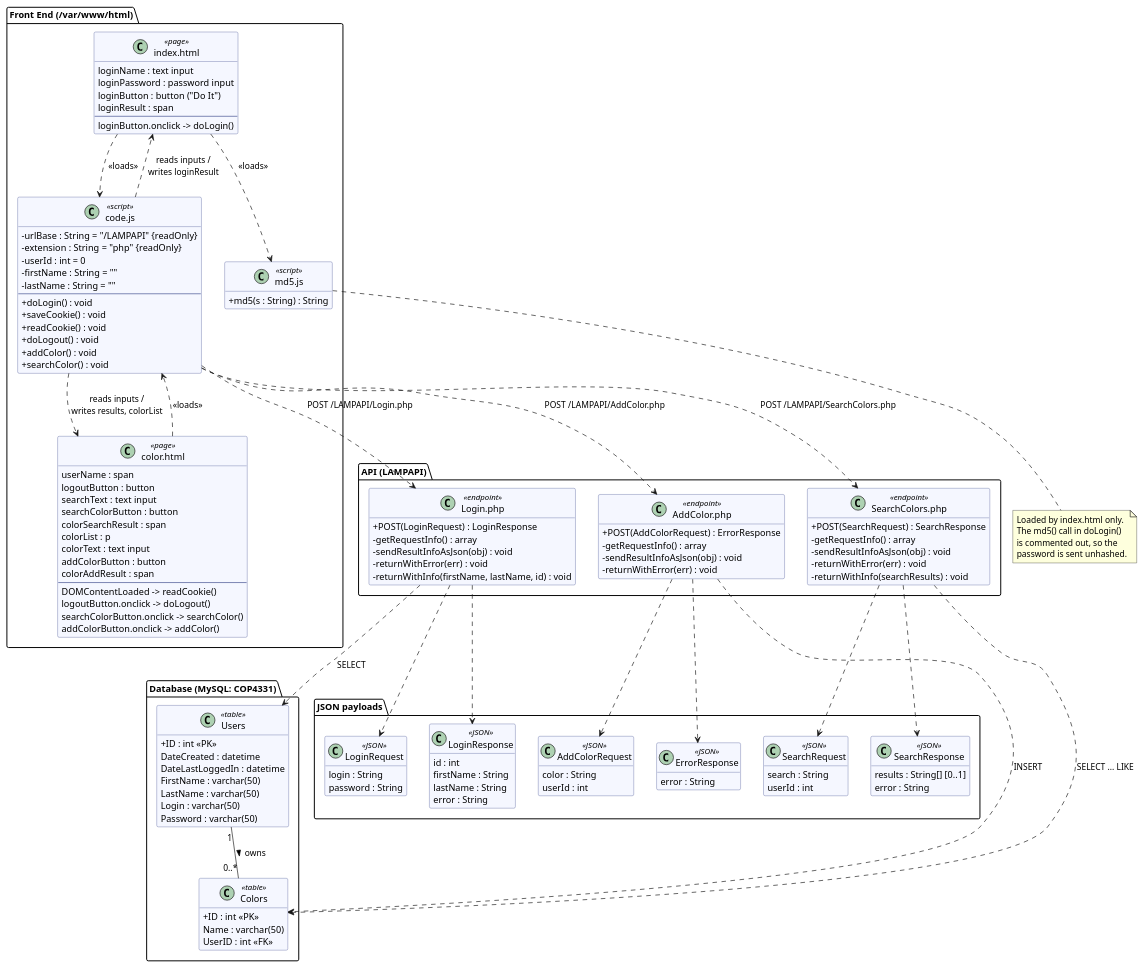
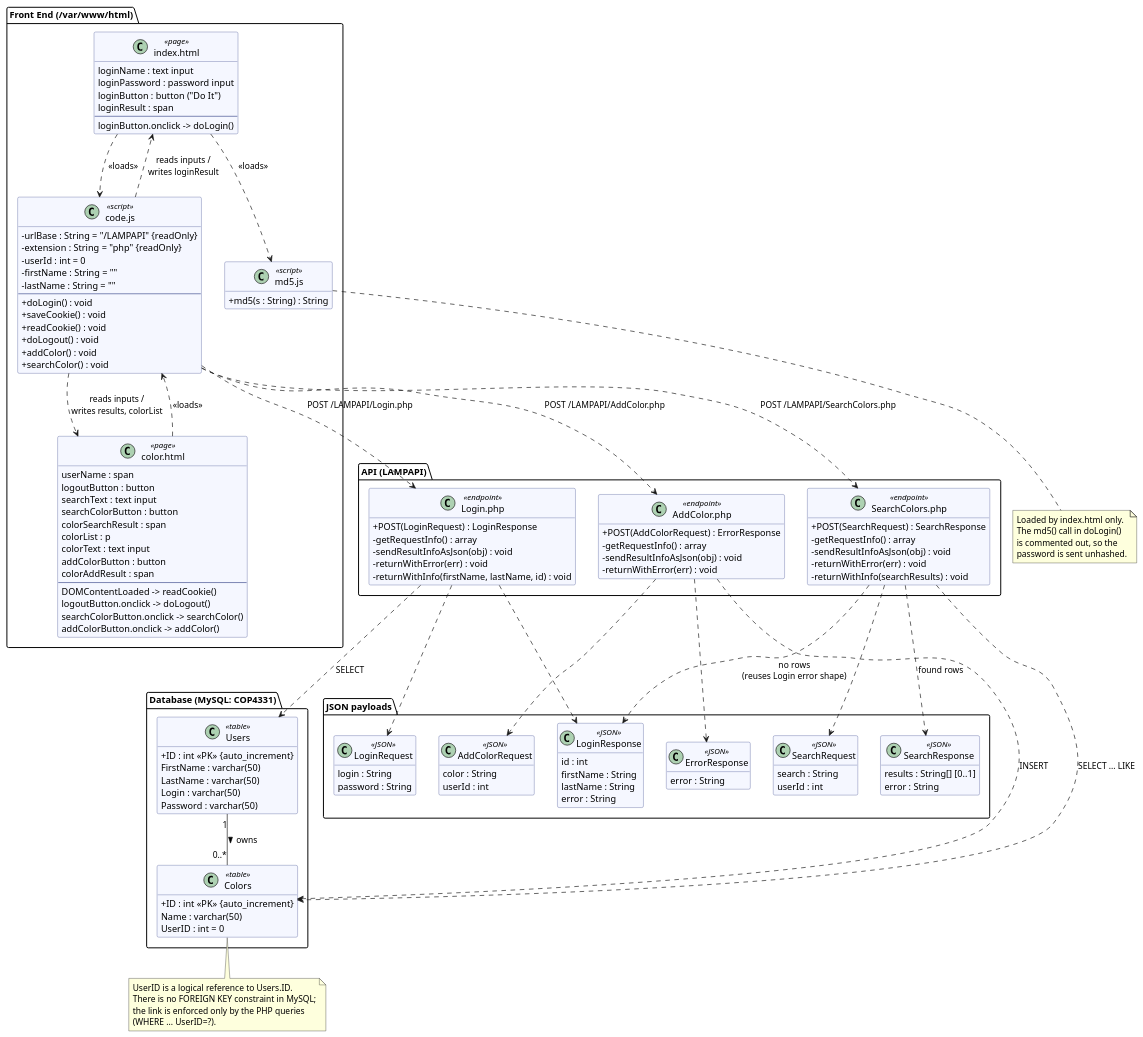
The diagram in docs/uml/class.puml (MayankKotla/COLORS-lab), drawn with PlantUML before and after one commit. The commit also changed 3 other files, not shown here.

Commit message:
Fix UML: match actual DB schema and Login.php responses

```diff
--- a/docs/uml/class.puml
+++ b/docs/uml/class.puml
@@ -1,177 +1,183 @@
 @startuml class
 ' ============================================================
 ' COLORS Web Application - Class Diagram
 ' Front end verified against the deployed index.html, color.html
 ' and js/code.js on the colors-lab droplet (Nov 1, 2026).
 '
 ' The app is not written with OO classes, so each real module is
 ' modeled as a class with a stereotype:
 '   <<page>>     HTML pages served by Apache
 '   <<script>>   JavaScript files (functions = operations,
 '                module-level variables = attributes)
 '   <<endpoint>> PHP scripts in LAMPAPI/ (one request -> one response)
 '   <<table>>    MySQL tables in the COP4331 database
 '   <<JSON>>     request/response bodies sent between them
 ' ============================================================
 skinparam classAttributeIconSize 0
 skinparam class {
   BackgroundColor #F5F7FF
   BorderColor #3B4A8C
 }
 hide empty members
 
 package "Front End (/var/www/html)" {
   class "index.html" as IndexPage <<page>> {
     loginName : text input
     loginPassword : password input
     loginButton : button ("Do It")
     loginResult : span
     --
     loginButton.onclick -> doLogin()
   }
 
   class "color.html" as ColorPage <<page>> {
     userName : span
     logoutButton : button
     searchText : text input
     searchColorButton : button
     colorSearchResult : span
     colorList : p
     colorText : text input
     addColorButton : button
     colorAddResult : span
     --
     DOMContentLoaded -> readCookie()
     logoutButton.onclick -> doLogout()
     searchColorButton.onclick -> searchColor()
     addColorButton.onclick -> addColor()
   }
 
   class "code.js" as CodeJS <<script>> {
     - urlBase : String = "/LAMPAPI" {readOnly}
     - extension : String = "php" {readOnly}
     - userId : int = 0
     - firstName : String = ""
     - lastName : String = ""
     --
     + doLogin() : void
     + saveCookie() : void
     + readCookie() : void
     + doLogout() : void
     + addColor() : void
     + searchColor() : void
   }
 
   class "md5.js" as MD5 <<script>> {
     + md5(s : String) : String
   }
 }
 
 note bottom of MD5
   Loaded by index.html only.
   The md5() call in doLogin()
   is commented out, so the
   password is sent unhashed.
 end note
 
 package "API (LAMPAPI)" {
   class "Login.php" as LoginAPI <<endpoint>> {
     + POST(LoginRequest) : LoginResponse
     - getRequestInfo() : array
     - sendResultInfoAsJson(obj) : void
     - returnWithError(err) : void
     - returnWithInfo(firstName, lastName, id) : void
   }
 
   class "AddColor.php" as AddAPI <<endpoint>> {
     + POST(AddColorRequest) : ErrorResponse
     - getRequestInfo() : array
     - sendResultInfoAsJson(obj) : void
     - returnWithError(err) : void
   }
 
   class "SearchColors.php" as SearchAPI <<endpoint>> {
     + POST(SearchRequest) : SearchResponse
     - getRequestInfo() : array
     - sendResultInfoAsJson(obj) : void
     - returnWithError(err) : void
     - returnWithInfo(searchResults) : void
   }
 }
 
 package "Database (MySQL: COP4331)" {
   class Users <<table>> {
-    + ID : int <<PK>>
-    DateCreated : datetime
-    DateLastLoggedIn : datetime
+    + ID : int <<PK>> {auto_increment}
     {field} FirstName : varchar(50)
     {field} LastName : varchar(50)
     {field} Login : varchar(50)
     {field} Password : varchar(50)
   }
 
   class Colors <<table>> {
-    + ID : int <<PK>>
+    + ID : int <<PK>> {auto_increment}
     {field} Name : varchar(50)
-    UserID : int <<FK>>
+    UserID : int = 0
   }
 }
 
 package "JSON payloads" {
   class LoginRequest <<JSON>> {
     login : String
     password : String
   }
   class LoginResponse <<JSON>> {
     id : int
     firstName : String
     lastName : String
     error : String
   }
   class AddColorRequest <<JSON>> {
     color : String
     userId : int
   }
   class SearchRequest <<JSON>> {
     search : String
     userId : int
   }
   class SearchResponse <<JSON>> {
     results : String[] [0..1]
     error : String
   }
   class ErrorResponse <<JSON>> {
     error : String
   }
 }
 
 ' --- pages load scripts ---
 IndexPage ..> CodeJS : <<loads>>
 IndexPage ..> MD5 : <<loads>>
 ColorPage ..> CodeJS : <<loads>>
 
 ' --- script drives the pages (DOM reads/writes, redirects) ---
 CodeJS ..> IndexPage : reads inputs /\nwrites loginResult
 CodeJS ..> ColorPage : reads inputs /\nwrites results, colorList
 
 ' --- script calls endpoints over HTTP POST (XMLHttpRequest) ---
 CodeJS ..> LoginAPI : POST /LAMPAPI/Login.php
 CodeJS ..> AddAPI : POST /LAMPAPI/AddColor.php
 CodeJS ..> SearchAPI : POST /LAMPAPI/SearchColors.php
 
 ' --- payload types ---
 LoginAPI ..> LoginRequest
 LoginAPI ..> LoginResponse
 AddAPI ..> AddColorRequest
 AddAPI ..> ErrorResponse
 SearchAPI ..> SearchRequest
-SearchAPI ..> SearchResponse
+SearchAPI ..> SearchResponse : found rows
+SearchAPI ..> LoginResponse : no rows\n(reuses Login error shape)
 
 ' --- endpoints query tables (mysqli prepared statements) ---
 LoginAPI ..> Users : SELECT
 AddAPI ..> Colors : INSERT
 SearchAPI ..> Colors : SELECT ... LIKE
 
 ' --- data relationship: each user owns their colors ---
 Users "1" -- "0..*" Colors : owns >
+
+note bottom of Colors
+  UserID is a logical reference to Users.ID.
+  There is no FOREIGN KEY constraint in MySQL;
+  the link is enforced only by the PHP queries
+  (WHERE ... UserID=?).
+end note
 @enduml
```
